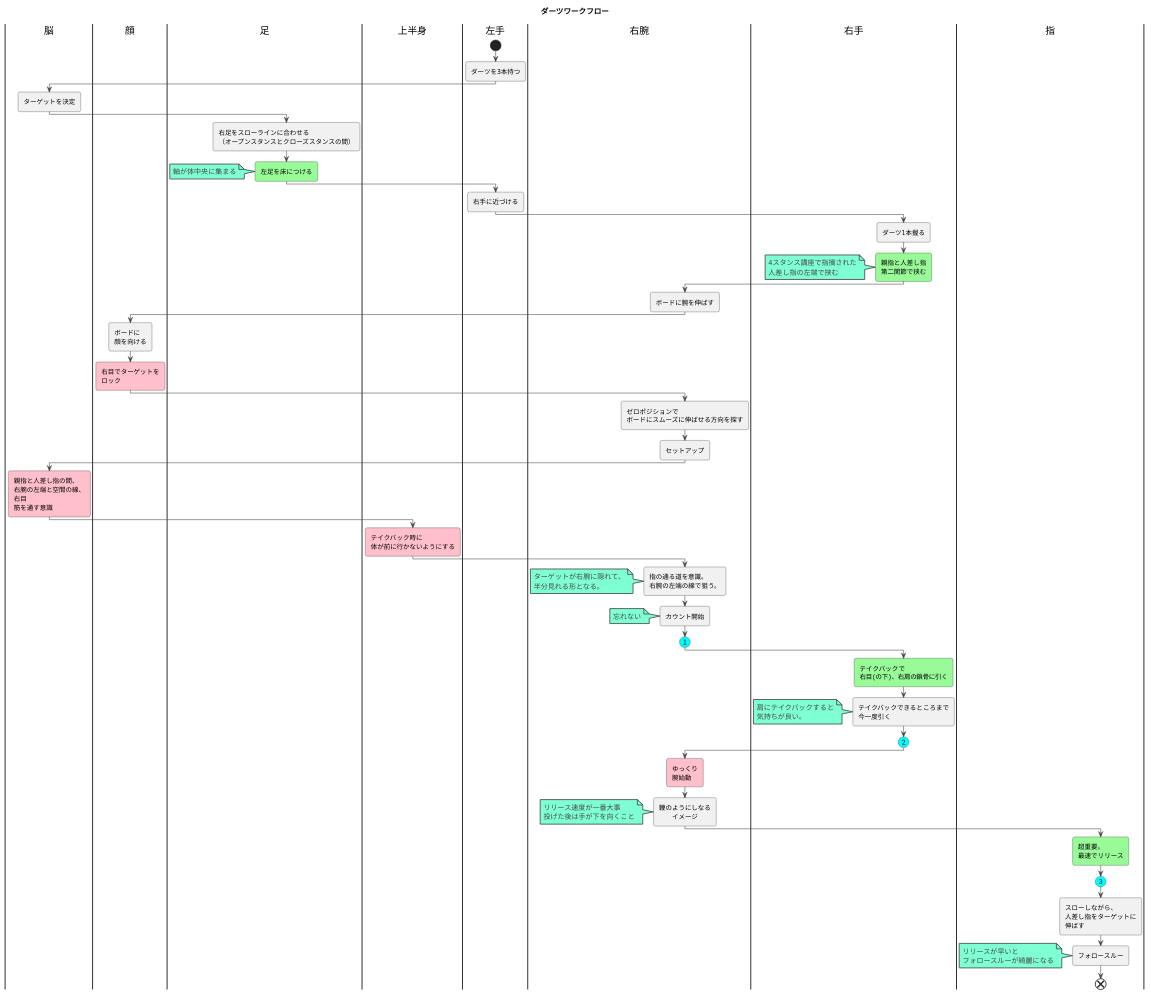
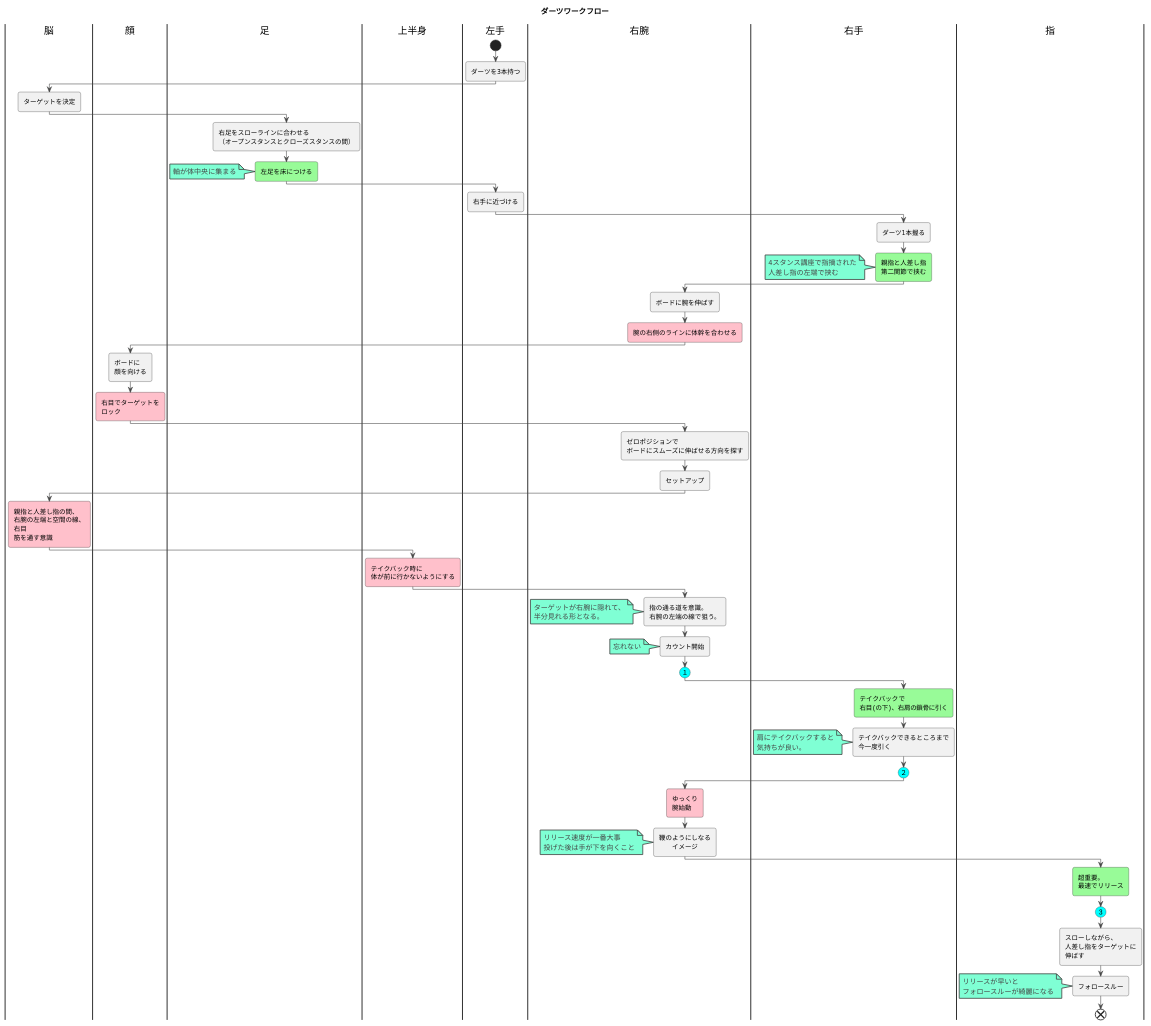
The diagram in dartsFlow.plantuml (darts-cloud/dartsFlow), drawn with PlantUML before and after one commit.

```diff
--- a/dartsFlow.plantuml
+++ b/dartsFlow.plantuml
@@ -1,146 +1,147 @@
 @startuml
 title ダーツワークフロー
 
 
 
 !theme vibrant
 
 |脳|
 |顔|
 |足|
 |上半身|
 |左手|
 |右腕|
 |左手|
 start
 :ダーツを3本持つ;
 |脳|
 :ターゲットを決定;
 |足|
 :右足をスローラインに合わせる
 （オープンスタンスとクローズスタンスの間）;
 #palegreen:左足を床につける;
 note
   軸が体中央に集まる
 end note
 /'
 ################
 ##pink:左足を右足よりも
 #後ろに下げる;
 ################
 '/
 
 |左手|
 :右手に近づける;
 |右手|
 :ダーツ1本握る;
 #palegreen:親指と人差し指
 第二関節で挟む;
 note
   4スタンス講座で指摘された
   人差し指の左端で挟む
 end note
 
 |右腕|
 :ボードに腕を伸ばす;
+#pink:腕の右側のラインに体幹を合わせる;
 
 |顔|
 :ボードに
 顔を向ける;
 #pink:右目でターゲットを
 ロック;
 |右腕|
 :ゼロポジションで
 ボードにスムーズに伸ばせる方向を探す;
 :セットアップ;
 |脳|
 #pink:親指と人差し指の間、
 右腕の左端と空間の線、
 右目
 筋を通す意識;
 |顔|
 
 |上半身|
 #pink:テイクバック時に
 体が前に行かないようにする;
 
 |右腕|
 :指の通る道を意識。
 右腕の左端の線で狙う。;
 note
 ターゲットが右腕に隠れて、
 半分見れる形となる。
 end note
 
 |右腕|
 :カウント開始;
 
 note
     忘れない
 end note
 
 
 #Aqua:(１)
 
 |右手|
 
 #palegreen:テイクバックで
 右目(の下)、右肩の鎖骨に引く;
 
 :テイクバックできるところまで
 今一度引く;
 
 note
     肩にテイクバックすると
     気持ちが良い。
 end note
 
 #Aqua:(２)
 
 /'
 #pink:肘固定意識;
 note
     固定が甘い
     →飛ばない
 end note
 #pink:肘の裏側が意識;
 note
     指の道が
     肘の左側
 end note
 '/
 
 |右腕|
 #pink:ゆっくり
 腕始動;
 :鞭のようにしなる
 　　イメージ;
 note
   リリース速度が一番大事
   投げた後は手が下を向くこと
 end note
 |指|
 #palegreen:超重要。
 最速でリリース;
 
 #Aqua:(３)
 
 :スローしながら、
 人差し指をターゲットに
 伸ばす;
 /'
 :第二関節で押し込む;
 note
   4スタンス講座で指摘された
   第二関節で押し込む
 end note
 '/
 
 :フォロースルー;
 note
   リリースが早いと
   フォロースルーが綺麗になる
 end note
 
 end
 @enduml
```
